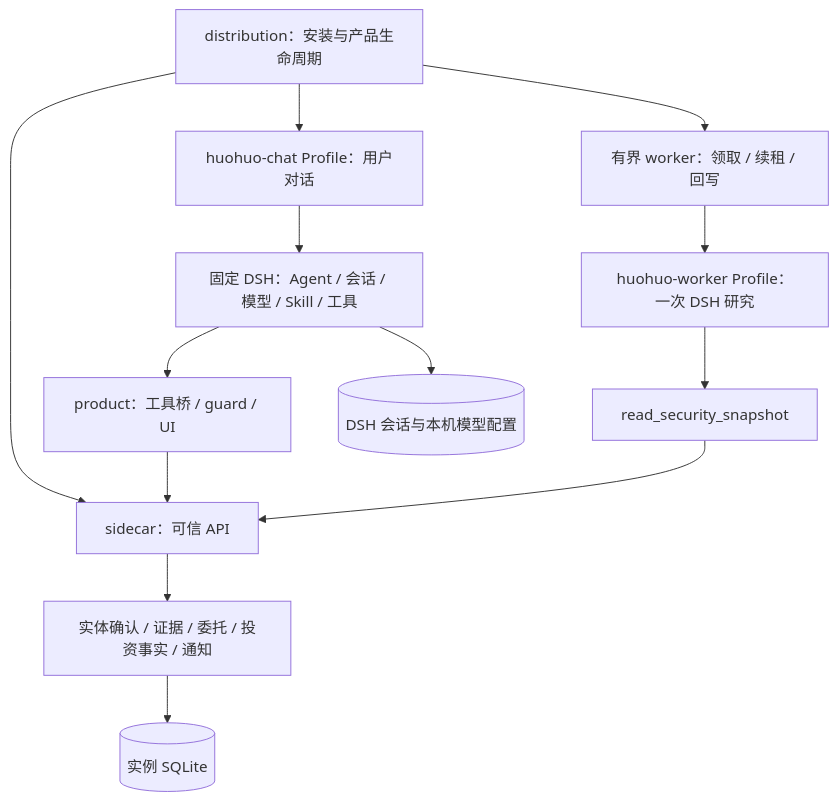
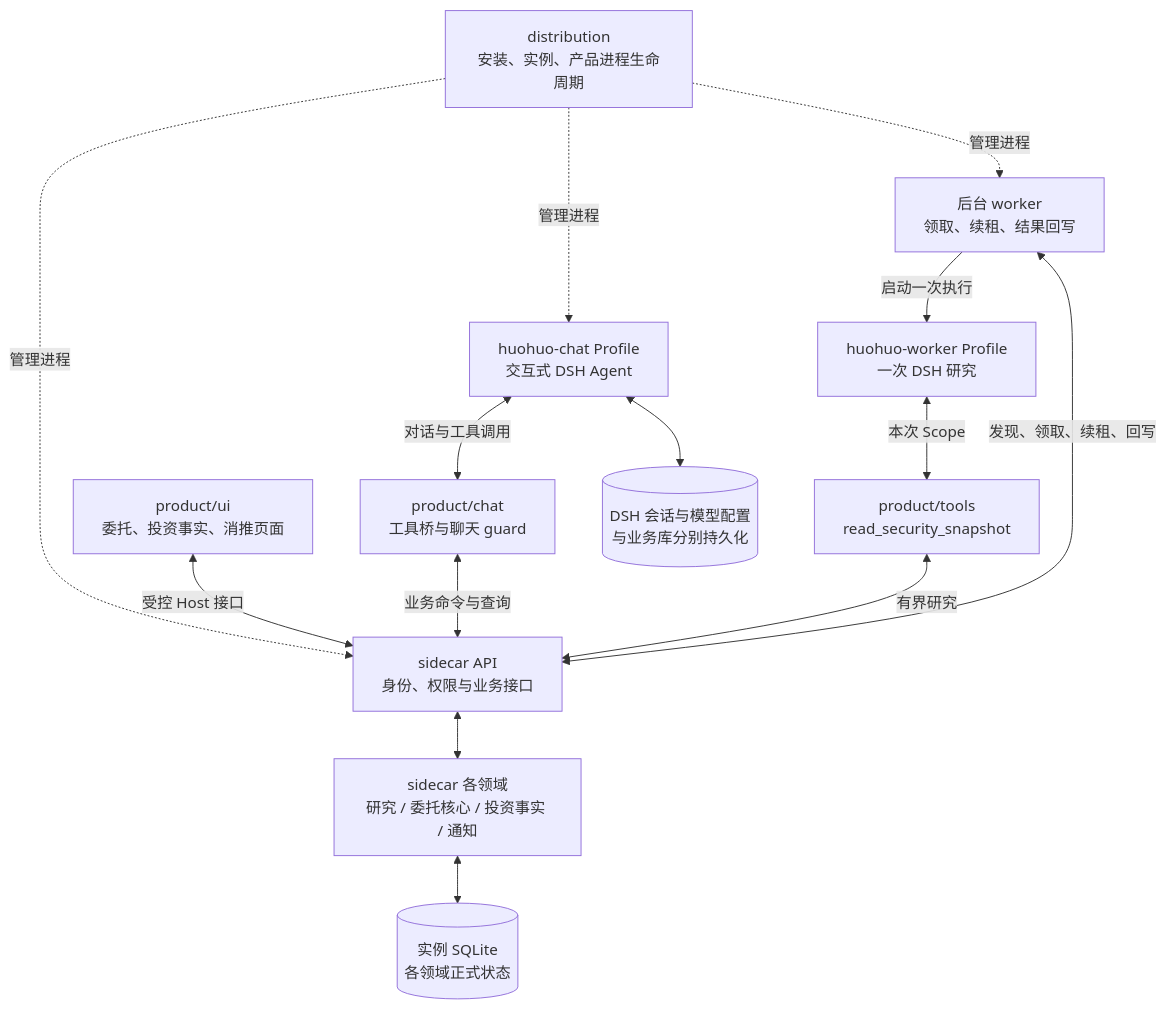
The third of 5 diagrams in docs/当前架构与装配.md (PABIPRG/investment-research-agent), drawn with Mermaid before and after one commit. The commit also changed other lines of this file and 27 other files, not shown here.

Commit message:
[AI] 对齐 V1.4 架构图与新仓交付文档

````diff
--- a/docs/当前架构与装配.md
+++ b/docs/当前架构与装配.md
@@ -9,15 +105,27 @@
 ```mermaid
 flowchart TB
-  cli[distribution：安装与产品生命周期] --> chat[huohuo-chat Profile：用户对话]
-  cli --> worker[有界 worker：领取 / 续租 / 回写]
-  cli --> api[sidecar：可信 API]
-  chat --> dsh[固定 DSH：Agent / 会话 / 模型 / Skill / 工具]
-  worker --> sdk[huohuo-worker Profile：一次 DSH 研究]
-  dsh --> tools[product：工具桥 / guard / UI]
-  sdk --> bounded[read_security_snapshot]
-  tools --> api
-  bounded --> api
-  api --> domains[实体确认 / 证据 / 委托 / 投资事实 / 通知]
-  domains --> db[(实例 SQLite)]
-  dsh --> sessions[(DSH 会话与本机模型配置)]
+  life["distribution<br/>安装、实例、产品进程生命周期"]
+  chat["huohuo-chat Profile<br/>交互式 DSH Agent"]
+  worker["后台 worker<br/>领取、续租、结果回写"]
+  sdk["huohuo-worker Profile<br/>一次 DSH 研究"]
+  ui["product/ui<br/>委托、投资事实、消推页面"]
+  tools["product/chat<br/>工具桥与聊天 guard"]
+  bounded["product/tools<br/>read_security_snapshot"]
+  api["sidecar API<br/>身份、权限与业务接口"]
+  domains["sidecar 各领域<br/>研究 / 委托核心 / 投资事实 / 通知"]
+  db[("实例 SQLite<br/>各领域正式状态")]
+  sessions[("DSH 会话与模型配置<br/>与业务库分别持久化")]
+  life -.->|"管理进程"| chat
+  life -.->|"管理进程"| worker
+  life -.->|"管理进程"| api
+  chat <-->|"对话与工具调用"| tools
+  chat <--> sessions
+  ui <-->|"受控 Host 接口"| api
+  tools <-->|"业务命令与查询"| api
+  worker -->|"启动一次执行"| sdk
+  sdk <-->|"本次 Scope"| bounded
+  bounded <-->|"有界研究"| api
+  worker <-->|"发现、领取、续租、回写"| api
+  api <--> domains
+  domains <--> db
 ```
````
